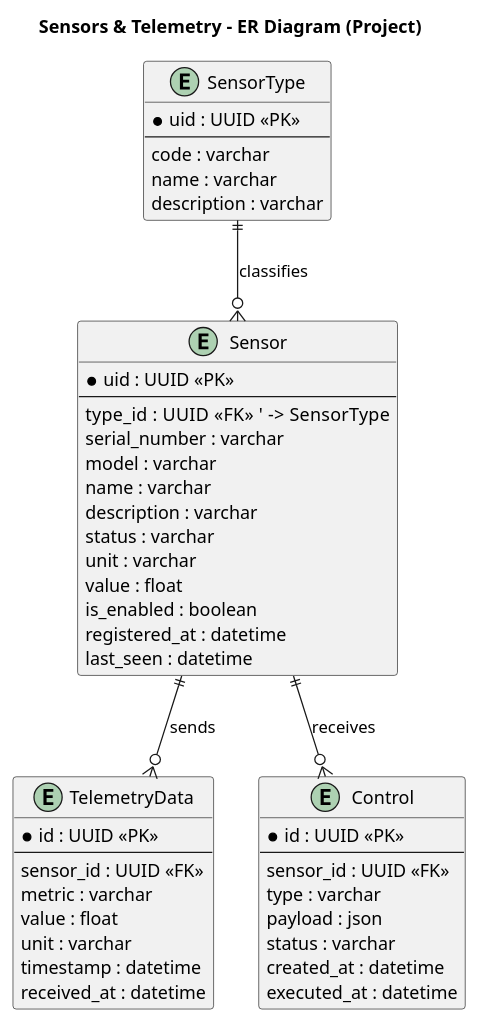
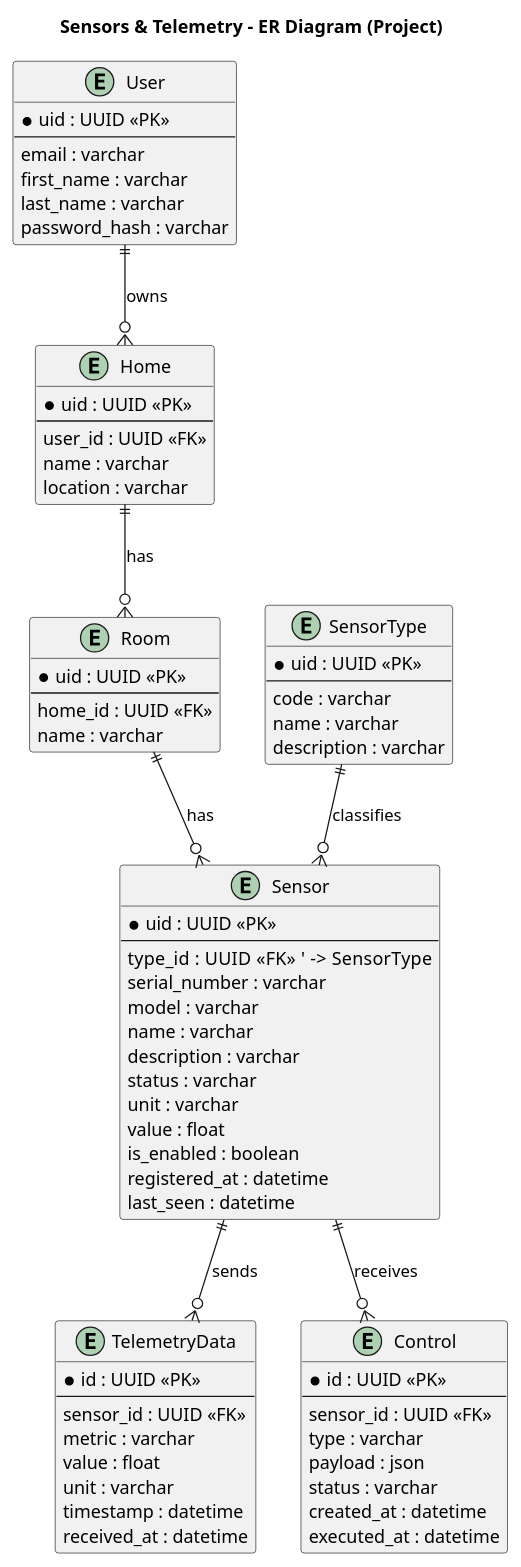
Before and after one commit to dmitryVargin/yandex-praktikum-architect: the diagram in schemas/er.puml, drawn with PlantUML.

```diff
--- a/schemas/er.puml
+++ b/schemas/er.puml
@@ -1,54 +1,82 @@
 @startuml
 title Sensors & Telemetry – ER Diagram (Project)
+
+
+entity User {
+  * uid : UUID <<PK>>
+  --
+  email : varchar
+  first_name : varchar
+  last_name : varchar
+  password_hash : varchar
+}
+
+entity Home {
+  * uid : UUID <<PK>>
+  --
+  user_id : UUID <<FK>>
+  name : varchar
+  location : varchar
+}
+
+entity Room {
+  * uid : UUID <<PK>>
+  --
+  home_id : UUID <<FK>>
+  name : varchar
+}
 
 entity SensorType {
   * uid : UUID <<PK>>
   --
   code : varchar
   name : varchar
   description : varchar
 }
 
 entity Sensor {
   * uid : UUID <<PK>>
   --
   type_id : UUID <<FK>>   ' -> SensorType
   serial_number : varchar
   model : varchar
   name : varchar
   description : varchar
   status : varchar
   unit : varchar
   value : float
   is_enabled : boolean
   registered_at : datetime
   last_seen : datetime
 }
 
 entity TelemetryData {
   * id : UUID <<PK>>
   --
   sensor_id : UUID <<FK>>
   metric : varchar
   value : float
   unit : varchar
   timestamp : datetime
   received_at : datetime
 }
 
 entity Control {
   * id : UUID <<PK>>
   --
   sensor_id : UUID <<FK>>
   type : varchar
   payload : json
   status : varchar
   created_at : datetime
   executed_at : datetime
 }
 
+User ||--o{ Home : owns
+Home ||--o{ Room : has
+Room ||--o{ Sensor : has
 SensorType ||--o{ Sensor : classifies
 Sensor ||--o{ TelemetryData : sends
 Sensor ||--o{ Control : receives
 
 @enduml
```
